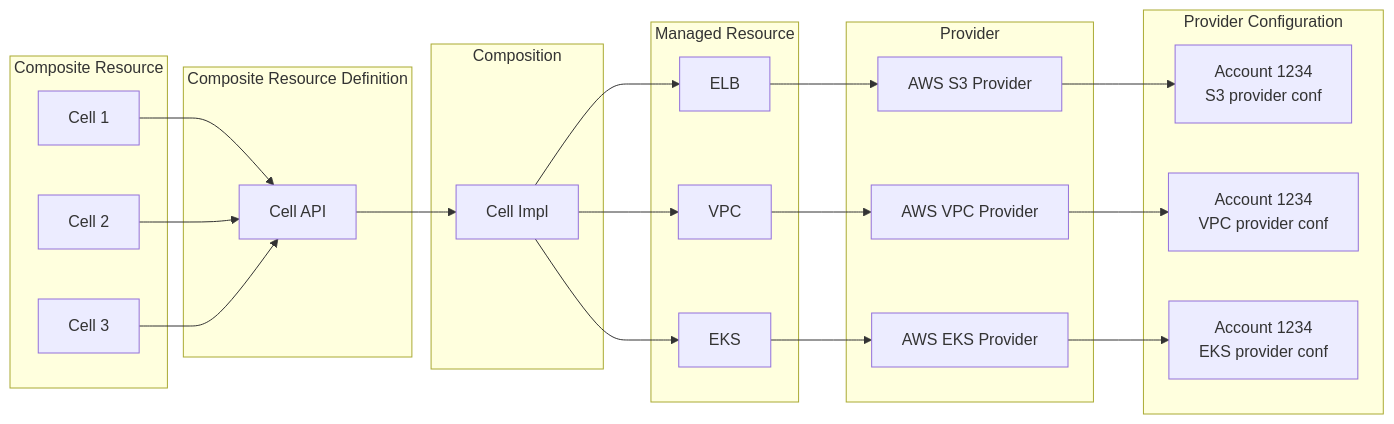
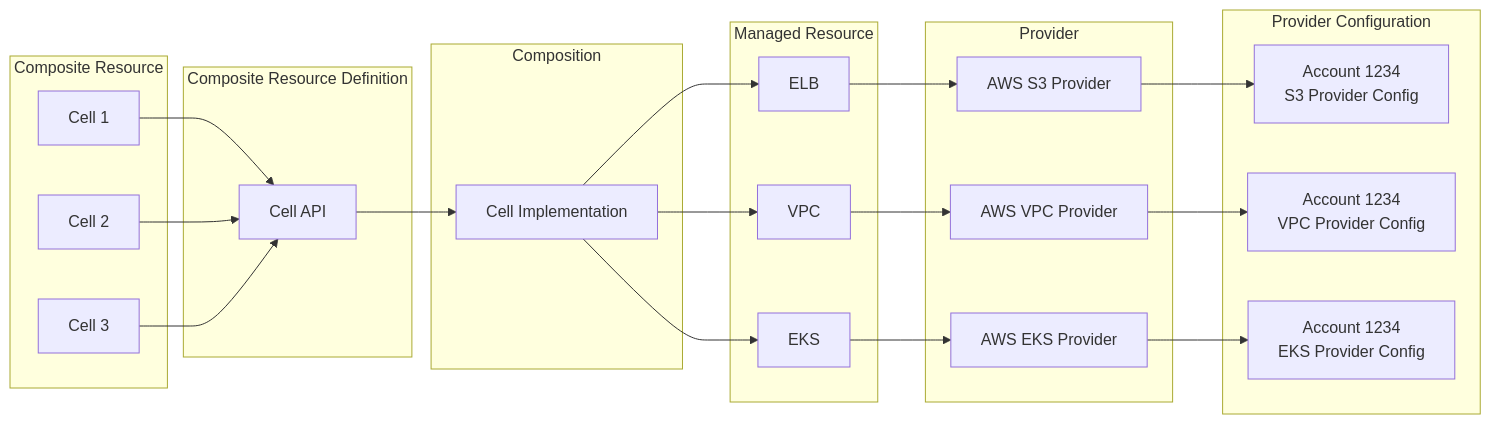
The first of 2 diagrams in README.md (kszpakowski/crossplane-demo), drawn with Mermaid before and after one commit. The commit also changed other lines of this file, not shown here.

Commit message:
update mermaid

````diff
--- a/README.md
+++ b/README.md
@@ -51,54 +51,60 @@
 ```mermaid
 graph LR
 
+%% Composite Resource
 subgraph Composite Resource
-xr1[Cell 1]
-xr2[Cell 2]
-xr3[Cell 3]
+  xr1[Cell 1]
+  xr2[Cell 2]
+  xr3[Cell 3]
 end
 
+%% Composite Resource Definition
 subgraph Composite Resource Definition
-xrd[Cell API]
+  xrd[Cell API]
 end
 
+%% Composition
 subgraph Composition
-x[Cell Impl]
+  composition[Cell Implementation]
 end
 
+%% Managed Resource
 subgraph Managed Resource
-mr1[ELB]
-mr2[VPC]
-mr3[EKS]
+  mrELB[ELB]
+  mrVPC[VPC]
+  mrEKS[EKS]
 end
 
+%% Provider
 subgraph Provider
-p1[AWS S3 Provider]
-p2[AWS VPC Provider]
-p3[AWS EKS Provider]
+  provS3[AWS S3 Provider]
+  provVPC[AWS VPC Provider]
+  provEKS[AWS EKS Provider]
 end
 
+%% Provider Configuration
 subgraph Provider Configuration
-pc1[Account 1234 <br> S3 provider conf]
-pc2[Account 1234 <br> VPC provider conf]
-pc3[Account 1234 <br> EKS provider conf]
+  confS3[Account 1234<br>S3 Provider Config]
+  confVPC[Account 1234<br>VPC Provider Config]
+  confEKS[Account 1234<br>EKS Provider Config]
 end
 
+%% Connections between components
 xr1 --> xrd
 xr2 --> xrd
 xr3 --> xrd
 
-xrd --> x
+xrd --> composition
 
-x --> mr1
-x --> mr2
-x --> mr3
+composition --> mrELB
+composition --> mrVPC
+composition --> mrEKS
 
-mr1 --> p1
-mr2 --> p2
-mr3 --> p3
+mrELB --> provS3
+mrVPC --> provVPC
+mrEKS --> provEKS
 
-p1 --> pc1
-p2 --> pc2
-p3 --> pc3
-
+provS3 --> confS3
+provVPC --> confVPC
+provEKS --> confEKS
 ```
````
